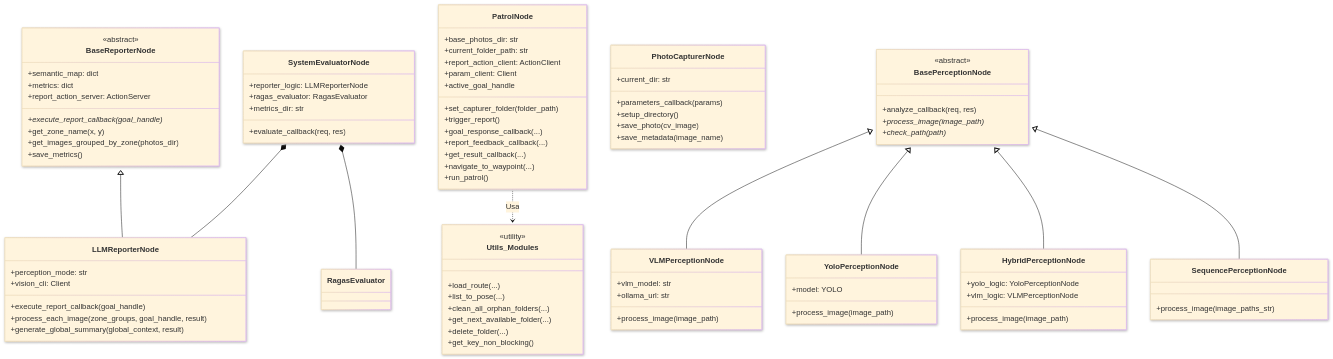
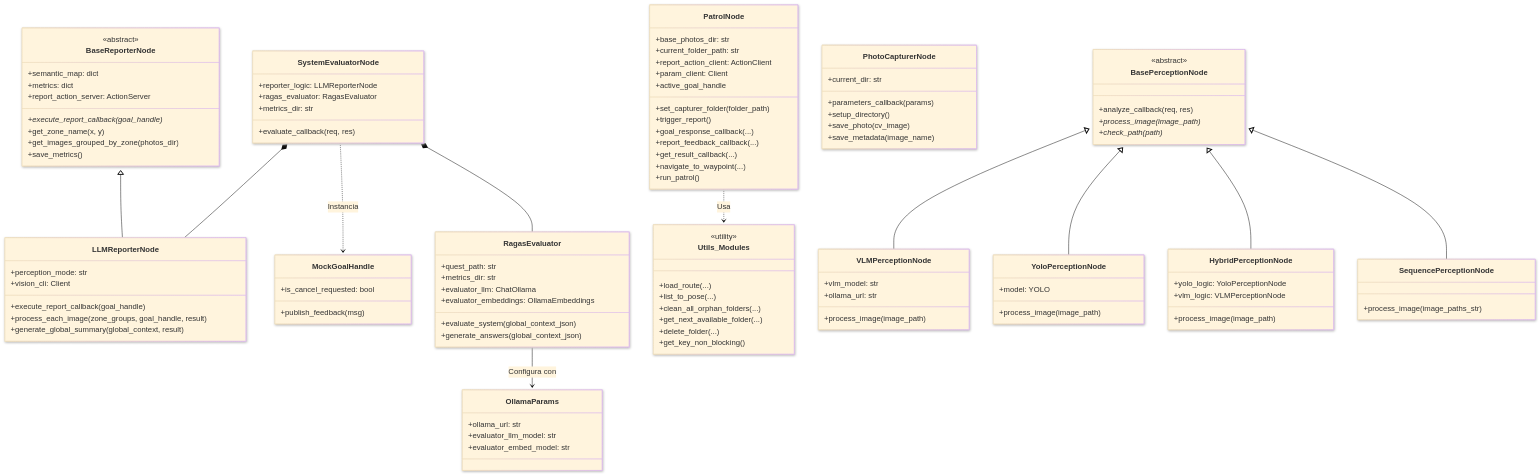
Before and after one commit to albertoPerez25/Reconocimiento-y-sintesis-visual-Tiago: the diagram in diagrams/conMetas/Clases.mmd, drawn with Mermaid (base theme). The commit also changed 5 other files, not shown here.

Commit message:
#47 #38 #54 Actualizados los diagramas con más detalles de la nueva implementación de RAGAS y las Acciones. Agregados nuevos diagramas específicos para RAGAS para mejorar su entendimiento.

```diff
--- a/diagrams/conMetas/Clases.mmd
+++ b/diagrams/conMetas/Clases.mmd
@@ -1,101 +1,124 @@
 ---
 config:
   look: neo
 ---
 classDiagram
     class BaseReporterNode {
         <<abstract>>
         +semantic_map: dict
         +metrics: dict
         +report_action_server: ActionServer
         +execute_report_callback(goal_handle)*
         +get_zone_name(x, y)
         +get_images_grouped_by_zone(photos_dir)
         +save_metrics()
     }
     
     class LLMReporterNode {
         +perception_mode: str
         +vision_cli: Client
         +execute_report_callback(goal_handle)
         +process_each_image(zone_groups, goal_handle, result)
         +generate_global_summary(global_context, result)
     }
     
     BaseReporterNode <|-- LLMReporterNode
     
     class SystemEvaluatorNode {
         +reporter_logic: LLMReporterNode
         +ragas_evaluator: RagasEvaluator
         +metrics_dir: str
         +evaluate_callback(req, res)
     }
+
+    class MockGoalHandle {
+        +is_cancel_requested: bool
+        +publish_feedback(msg)
+    }
+
+    class RagasEvaluator {
+        +quest_path: str
+        +metrics_dir: str
+        +evaluator_llm: ChatOllama
+        +evaluator_embeddings: OllamaEmbeddings
+        +evaluate_system(global_context_json)
+        +generate_answers(global_context_json)
+    }
+
+    class OllamaParams {
+        +ollama_url: str
+        +evaluator_llm_model: str
+        +evaluator_embed_model: str
+    }
+
     SystemEvaluatorNode *-- LLMReporterNode
     SystemEvaluatorNode *-- RagasEvaluator
+    SystemEvaluatorNode ..> MockGoalHandle : Instancia
+    RagasEvaluator --> OllamaParams : Configura con
     
     class PatrolNode {
         +base_photos_dir: str
         +current_folder_path: str
         +report_action_client: ActionClient
         +param_client: Client
         +active_goal_handle
         +set_capturer_folder(folder_path)
         +trigger_report()
         +goal_response_callback(...)
         +report_feedback_callback(...)
         +get_result_callback(...)
         +navigate_to_waypoint(...)
         +run_patrol()
     }
     
     class PhotoCapturerNode {
         +current_dir: str
         +parameters_callback(params)
         +setup_directory()
         +save_photo(cv_image)
         +save_metadata(image_name)
     }
 
     class Utils_Modules {
         <<utility>>
         +load_route(...)
         +list_to_pose(...)
         +clean_all_orphan_folders(...)
         +get_next_available_folder(...)
         +delete_folder(...)
         +get_key_non_blocking()
     }
     PatrolNode ..> Utils_Modules : Usa
     
     class BasePerceptionNode {
         <<abstract>>
         +analyze_callback(req, res)
         +process_image(image_path)*
         +check_path(path)*
     }
     
     class VLMPerceptionNode {
         +vlm_model: str
         +ollama_url: str
         +process_image(image_path)
     }
     
     class YoloPerceptionNode {
         +model: YOLO
         +process_image(image_path)
     }
     
     class HybridPerceptionNode {
         +yolo_logic: YoloPerceptionNode
         +vlm_logic: VLMPerceptionNode
         +process_image(image_path)
     }
     
     class SequencePerceptionNode {
         +process_image(image_paths_str)
     }
     
     BasePerceptionNode <|-- VLMPerceptionNode
     BasePerceptionNode <|-- YoloPerceptionNode
     BasePerceptionNode <|-- HybridPerceptionNode
     BasePerceptionNode <|-- SequencePerceptionNode
```
